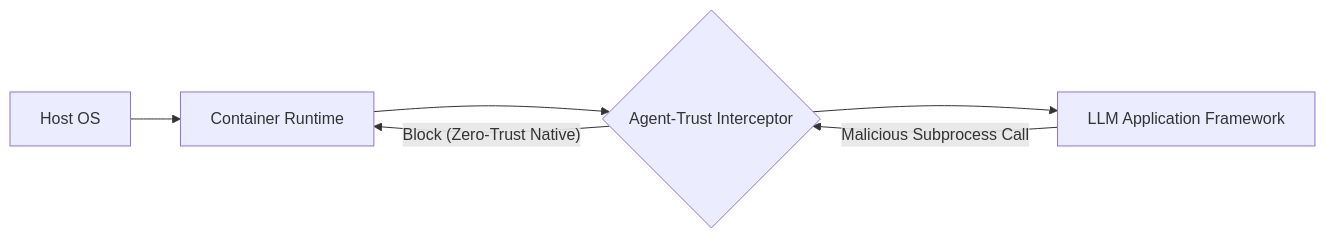
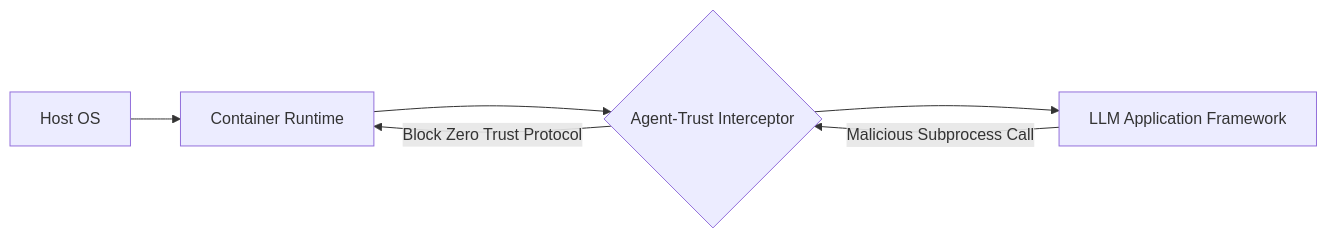
Before and after one commit to MrDecryptDecipher/Agent-Trust: diagram 17 of 30 in README.md, drawn with Mermaid. The commit also changed other lines of this file, not shown here.

````diff
--- a/README.md
+++ b/README.md
@@ -345,9 +345,9 @@
 ```mermaid
-graph LR
+flowchart LR
     OS["Host OS"] --> Docker["Container Runtime"]
     Docker --> AT{"Agent-Trust Interceptor"}
     AT --> App["LLM Application Framework"]
     
-    App -- "Malicious Subprocess Call" --> AT
-    AT -- "Block (Zero-Trust Native)" --> Docker
+    App -->|Malicious Subprocess Call| AT
+    AT -->|Block Zero Trust Protocol| Docker
 ```
````
